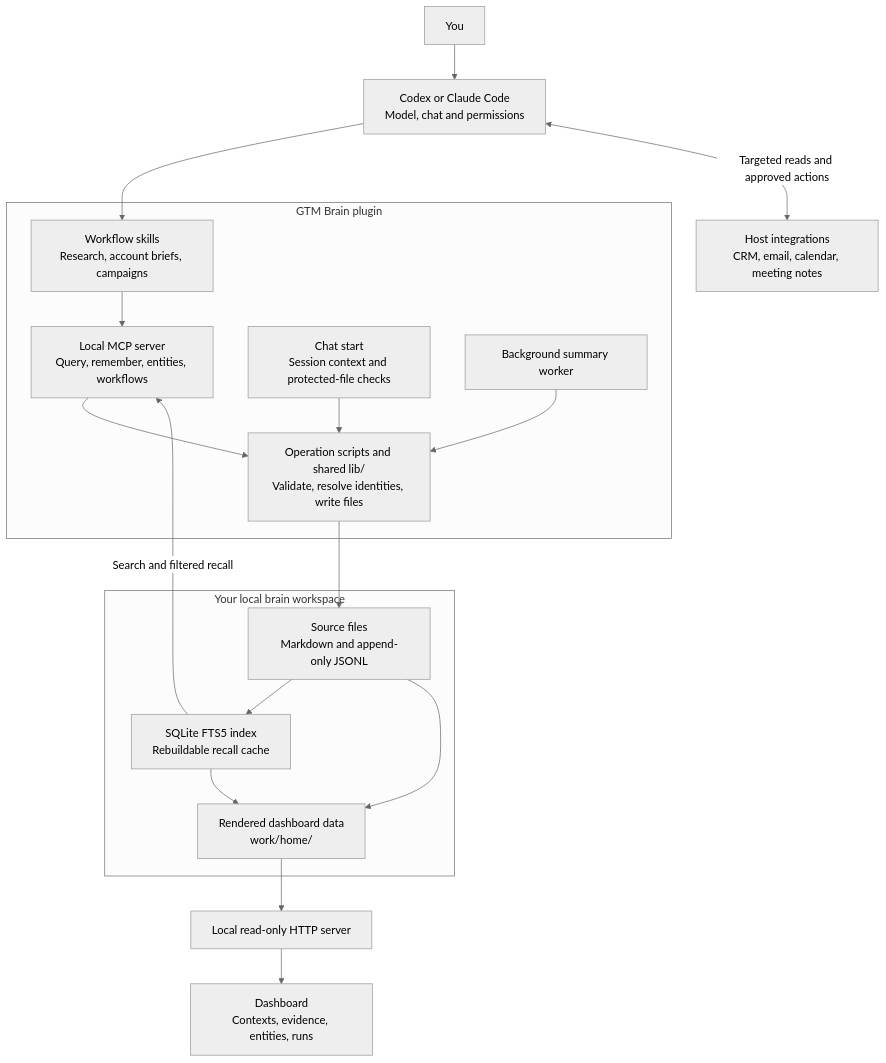
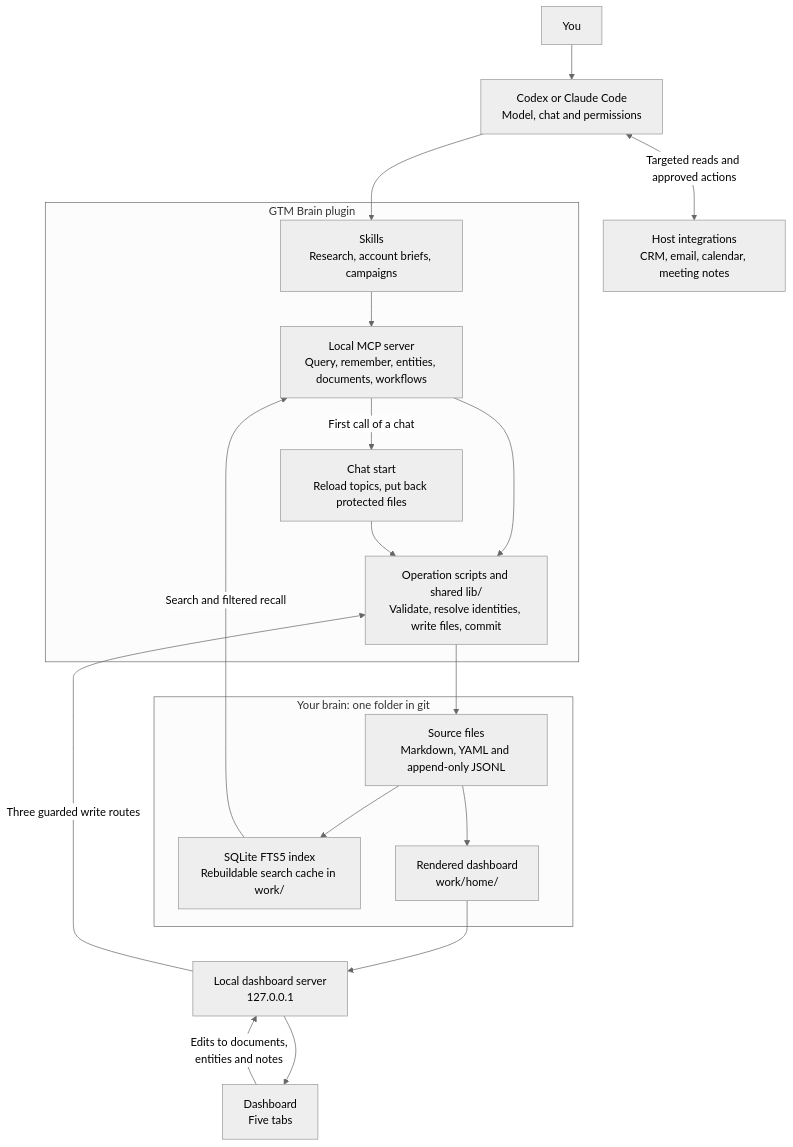
Before and after one commit to gtm-week/gtm-brain: the first of 2 diagrams in README.md, drawn with Mermaid (neutral theme). The commit also changed other lines of this file and 5 other files, not shown here.

````diff
--- a/README.md
+++ b/README.md
@@ -253,27 +509,28 @@
 ```mermaid
 flowchart TB
   person["You"] --> chat["Codex or Claude Code<br/>Model, chat and permissions"]
-  chat --> skills["Workflow skills<br/>Research, account briefs, campaigns"]
+  chat --> skills["Skills<br/>Research, account briefs, campaigns"]
   chat <-->|"Targeted reads and approved actions"| connectors["Host integrations<br/>CRM, email, calendar, meeting notes"]
 
   subgraph plugin["GTM Brain plugin"]
-    skills --> mcp["Local MCP server<br/>Query, remember, entities, workflows"]
-    mcp --> operations["Operation scripts and shared lib/<br/>Validate, resolve identities, write files"]
-    session["Chat start<br/>Session context and protected-file checks"] --> operations
-    worker["Background summary worker"] --> operations
+    skills --> mcp["Local MCP server<br/>Query, remember, entities, documents, workflows"]
+    mcp -->|"First call of a chat"| session["Chat start<br/>Reload topics, put back protected files"]
+    mcp --> operations["Operation scripts and shared lib/<br/>Validate, resolve identities, write files, commit"]
+    session --> operations
   end
 
-  subgraph workspace["Your local brain workspace"]
-    files["Source files<br/>Markdown and append-only JSONL"]
-    index["SQLite FTS5 index<br/>Rebuildable recall cache"]
-    view["Rendered dashboard data<br/>work/home/"]
+  subgraph workspace["Your brain: one folder in git"]
+    files["Source files<br/>Markdown, YAML and append-only JSONL"]
+    index["SQLite FTS5 index<br/>Rebuildable search cache in work/"]
+    view["Rendered dashboard<br/>work/home/"]
   end
 
   operations --> files
   files --> index
   index -->|"Search and filtered recall"| mcp
   files --> view
-  index --> view
-  view --> server["Local read-only HTTP server"]
-  server --> dashboard["Dashboard<br/>Contexts, evidence, entities, runs"]
+  view --> server["Local dashboard server<br/>127.0.0.1"]
+  server --> dashboard["Dashboard<br/>Five tabs"]
+  dashboard -->|"Edits to documents,<br/>entities and notes"| server
+  server -->|"Three guarded write routes"| operations
 ```
````
